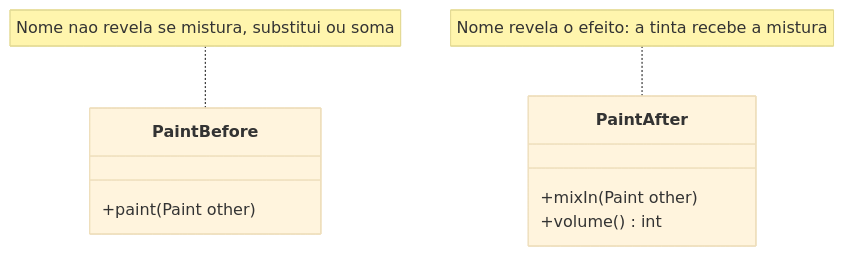
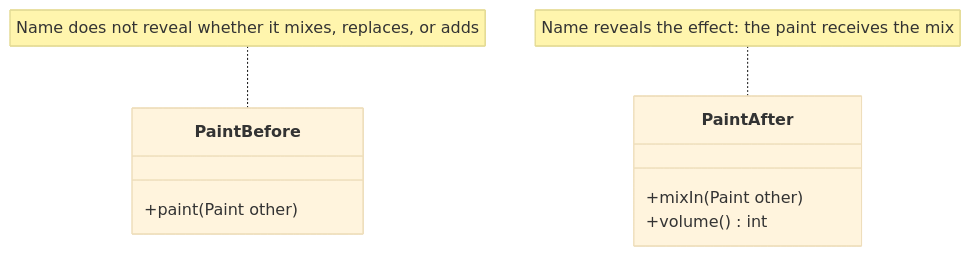
Before and after one commit to alancesar/design-patterns: the diagram in docs/application/ddd/supple-design/intention-revealing-interfaces.md, drawn with Mermaid (base theme). The commit also changed 258 other files, not shown here.

First line of the commit message:
Translate Mermaid diagrams to English

````diff
--- a/docs/application/ddd/supple-design/intention-revealing-interfaces.md
+++ b/docs/application/ddd/supple-design/intention-revealing-interfaces.md
@@ -54,12 +54,12 @@
 ```mermaid
 classDiagram
     class PaintBefore {
         +paint(Paint other)
     }
     class PaintAfter {
         +mixIn(Paint other)
         +volume() int
     }
-    note for PaintBefore "Nome nao revela se mistura, substitui ou soma"
-    note for PaintAfter "Nome revela o efeito: a tinta recebe a mistura"
+    note for PaintBefore "Name does not reveal whether it mixes, replaces, or adds"
+    note for PaintAfter "Name reveals the effect: the paint receives the mix"
 ```
````
